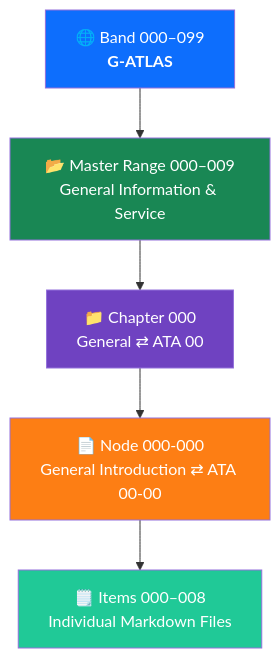
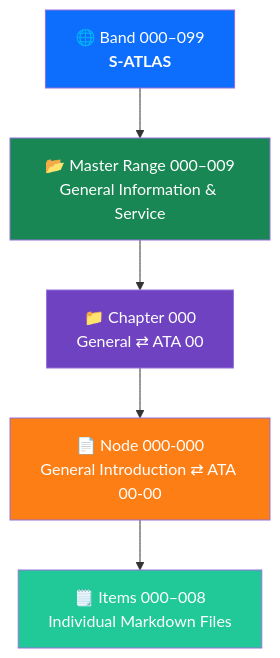
Before and after one commit to AmedeoPelliccia/Q-plus-A: the first of 2 diagrams in 01_OPTIONS_ARCHITECTURE/01-03_TECHNOLOGIES/01-03-01_Q+ATLANTIDE/000-099_S-ATLAS/000-009_General-Information-and-Service/000_General/000-000_General-Introduction/000-000-000-General-Introduction-Overview.md, drawn with Mermaid. The commit also changed other lines of this file and 641 other files, not shown here.

````diff
--- a/01_OPTIONS_ARCHITECTURE/01-03_TECHNOLOGIES/01-03-01_Q+ATLANTIDE/000-099_S-ATLAS/000-009_General-Information-and-Service/000_General/000-000_General-Introduction/000-000-000-General-Introduction-Overview.md
+++ b/01_OPTIONS_ARCHITECTURE/01-03_TECHNOLOGIES/01-03-01_Q+ATLANTIDE/000-099_S-ATLAS/000-009_General-Information-and-Service/000_General/000-000_General-Introduction/000-000-000-General-Introduction-Overview.md
@@ -76,19 +76,19 @@
 ```mermaid
 graph TD
-    BAND["🌐 Band 000–099<br/><b>G-ATLAS</b>"]
+    BAND["🌐 Band 000–099<br/><b>S-ATLAS</b>"]
     MR["📂 Master Range 000–009<br/>General Information &amp; Service"]
     CH["📁 Chapter 000<br/>General ⇄ ATA 00"]
     NODE["📄 Node 000-000<br/>General Introduction ⇄ ATA 00-00"]
     ITEMS["🗒️ Items 000–008<br/>Individual Markdown Files"]
 
     BAND --> MR
     MR --> CH
     CH --> NODE
     NODE --> ITEMS
 
     style BAND fill:#0d6efd,color:#fff
     style MR fill:#198754,color:#fff
     style CH fill:#6f42c1,color:#fff
     style NODE fill:#fd7e14,color:#fff
     style ITEMS fill:#20c997,color:#fff
 ```
````
